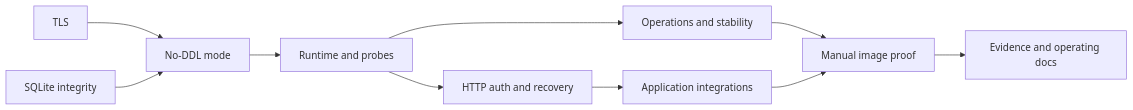
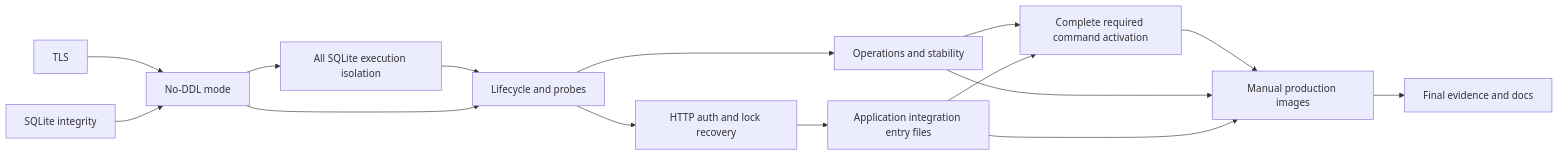
The diagram in kitty-specs/database-review-findings-remediation-01M5TGCE/tasks.md (nikiGGG/RUOK), drawn with Mermaid before and after one commit. The commit also changed other lines of this file and 12 other files, not shown here.

````diff
--- a/kitty-specs/database-review-findings-remediation-01M5TGCE/tasks.md
+++ b/kitty-specs/database-review-findings-remediation-01M5TGCE/tasks.md
@@ -17,12 +18,17 @@
 ```mermaid
 flowchart LR
  WP01[TLS] --> WP03[No-DDL mode]
  WP02[SQLite integrity] --> WP03
- WP03 --> WP04[Runtime and probes]
+ WP03 --> WP10[All SQLite execution isolation]
+ WP10 --> WP04[Lifecycle and probes]
+ WP03 --> WP04
  WP04 --> WP05[Operations and stability]
- WP04 --> WP06[HTTP auth and recovery]
- WP06 --> WP07[Application integrations]
- WP05 --> WP08[Manual image proof]
+ WP04 --> WP06[HTTP auth and lock recovery]
+ WP06 --> WP07[Application integration entry files]
+ WP05 --> WP11[Complete required command activation]
+ WP07 --> WP11
+ WP11 --> WP08[Manual production images]
+ WP05 --> WP08
  WP07 --> WP08
- WP08 --> WP09[Evidence and operating docs]
+ WP08 --> WP09[Final evidence and docs]
 ```
````
